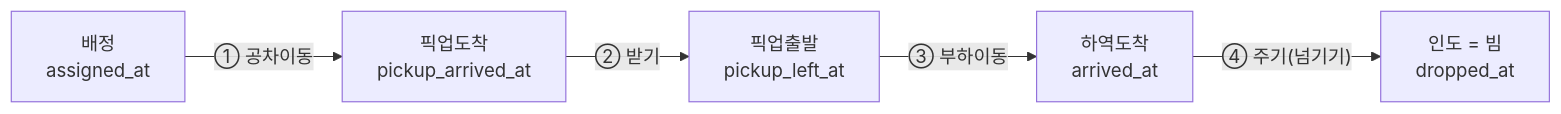
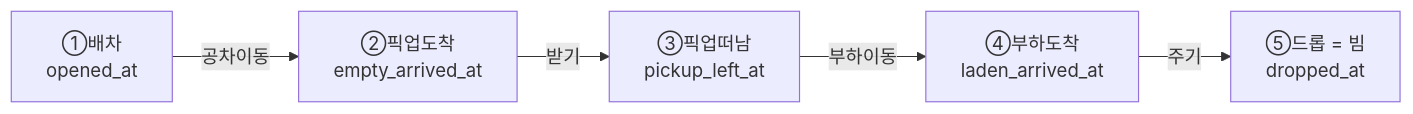
One commit to kimt86/tt-aiops-platform changed the third of 4 diagrams in docs-site/src/content/docs/dashboard/cycle.md. Above: the diagram before and after it, drawn with Mermaid. The commit also changed other lines of this file and 18 other files, not shown here.

````diff
--- a/docs-site/src/content/docs/dashboard/cycle.md
+++ b/docs-site/src/content/docs/dashboard/cycle.md
@@ -56,7 +56,7 @@
 ```mermaid
 flowchart LR
-  A["배정<br/>assigned_at"] -->|"① 공차이동"| PA["픽업도착<br/>pickup_arrived_at"]
-  PA -->|"② 받기"| PL["픽업출발<br/>pickup_left_at"]
-  PL -->|"③ 부하이동"| AR["하역도착<br/>arrived_at"]
-  AR -->|"④ 주기(넘기기)"| DR["인도 = 빔<br/>dropped_at"]
+  A["①배차<br/>opened_at"] -->|"공차이동"| PA["②픽업도착<br/>empty_arrived_at"]
+  PA -->|"받기"| PL["③픽업떠남<br/>pickup_left_at"]
+  PL -->|"부하이동"| AR["④부하도착<br/>laden_arrived_at"]
+  AR -->|"주기"| DR["⑤드롭 = 빔<br/>dropped_at"]
 ```
````
